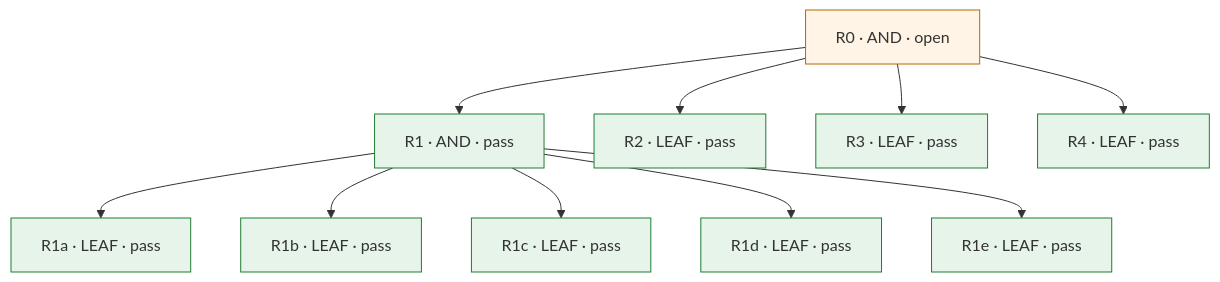
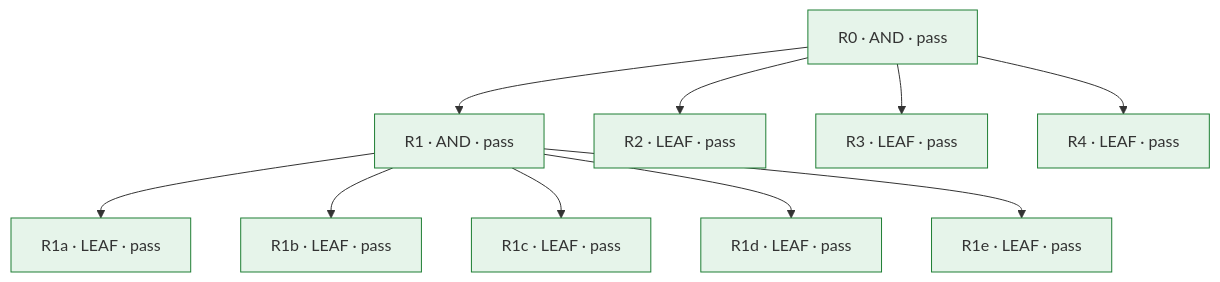
The diagram in specs/070-review-integrity/review-card.md (superluminal-jp/my-claude-code), drawn with Mermaid before and after one commit. The commit also changed other lines of this file and 3 other files, not shown here.

````diff
--- a/specs/070-review-integrity/review-card.md
+++ b/specs/070-review-integrity/review-card.md
@@ -44,25 +44,25 @@
 ```mermaid
 flowchart TD
-  n0["R0 · AND · open"]:::open
+  n0["R0 · AND · pass"]:::pass
   n1["R1 · AND · pass"]:::pass
   n2["R1a · LEAF · pass"]:::pass
   n3["R1b · LEAF · pass"]:::pass
   n4["R1c · LEAF · pass"]:::pass
   n5["R1d · LEAF · pass"]:::pass
   n6["R1e · LEAF · pass"]:::pass
   n7["R2 · LEAF · pass"]:::pass
   n8["R3 · LEAF · pass"]:::pass
   n9["R4 · LEAF · pass"]:::pass
   n0 --> n1
   n0 --> n7
   n0 --> n8
   n0 --> n9
   n1 --> n2
   n1 --> n3
   n1 --> n4
   n1 --> n5
   n1 --> n6
   classDef pass fill:#e6f4ea,stroke:#1e7e34
   classDef fail fill:#fdecea,stroke:#b02a37
   classDef open fill:#fff4e5,stroke:#b36b00
 ```
````
